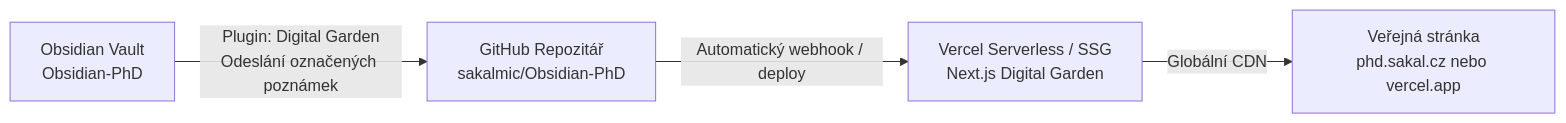
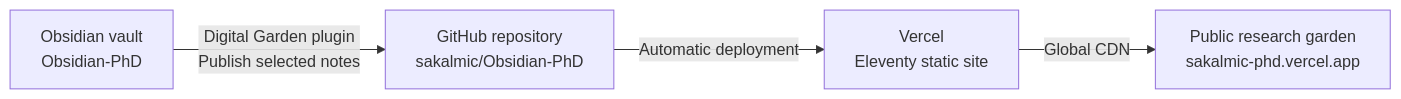
One commit to sakalmic/Obsidian changed the diagram in src/site/notes/System/Digital Garden & Vercel Deployment Guide.md. Above: the diagram before and after it, drawn with Mermaid. The commit also changed other lines of this file and 25 other files, not shown here.

````diff
--- a/src/site/notes/System/Digital Garden & Vercel Deployment Guide.md
+++ b/src/site/notes/System/Digital Garden & Vercel Deployment Guide.md
@@ -14,6 +14,6 @@
 ```mermaid
 graph LR
-    A[Obsidian Vault\nObsidian-PhD] -->|Plugin: Digital Garden\nOdeslání označených poznámek| B[GitHub Repozitář\nsakalmic/Obsidian-PhD]
-    B -->|Automatický webhook / deploy| C[Vercel Serverless / SSG\nNext.js Digital Garden]
-    C -->|Globální CDN| D[Veřejná stránka\nphd.sakal.cz nebo vercel.app]
+    A[Obsidian vault\nObsidian-PhD] -->|Digital Garden plugin\nPublish selected notes| B[GitHub repository\nsakalmic/Obsidian-PhD]
+    B -->|Automatic deployment| C[Vercel\nEleventy static site]
+    C -->|Global CDN| D[Public research garden\nsakalmic-phd.vercel.app]
 ```
````
